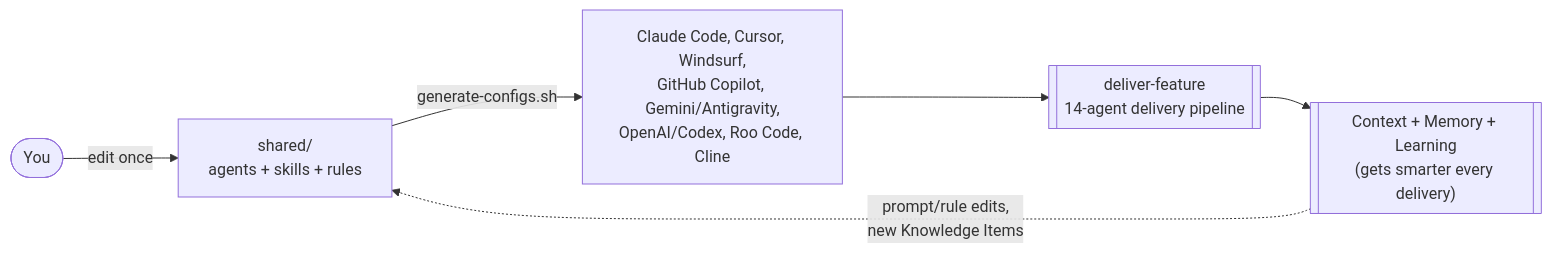
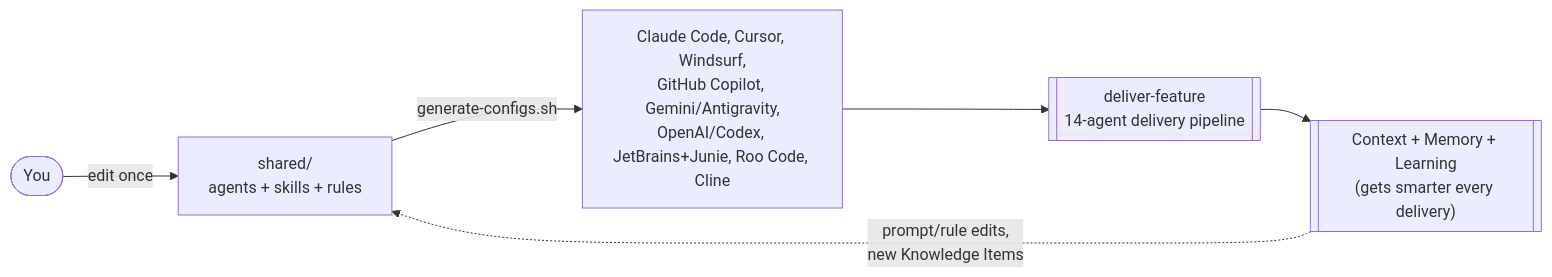
One commit to orieken/ai-assistant-dot-files changed the first of 2 diagrams in README.md. Above: the diagram before and after it, drawn with Mermaid. The commit also changed other lines of this file, not shown here.

Commit message:
docs(readme): add JetBrains AI Assistant + Junie to supported-platforms table (Epic 44 Phase B5)

````diff
--- a/README.md
+++ b/README.md
@@ -25,10 +25,10 @@
 ```mermaid
 flowchart LR
     You(["You"]) -- "edit once" --> Shared["shared/\nagents + skills + rules"]
 
-    Shared -- generate-configs.sh --> Tools["Claude Code, Cursor, Windsurf,\nGitHub Copilot, Gemini/Antigravity,\nOpenAI/Codex, Roo Code, Cline"]
+    Shared -- generate-configs.sh --> Tools["Claude Code, Cursor, Windsurf,\nGitHub Copilot, Gemini/Antigravity,\nOpenAI/Codex, JetBrains+Junie, Roo Code, Cline"]
 
     Tools --> Pipeline[["deliver-feature\n14-agent delivery pipeline"]]
     Pipeline --> CML[["Context + Memory + Learning\n(gets smarter every delivery)"]]
     CML -. "prompt/rule edits,\nnew Knowledge Items" .-> Shared
 ```
````
